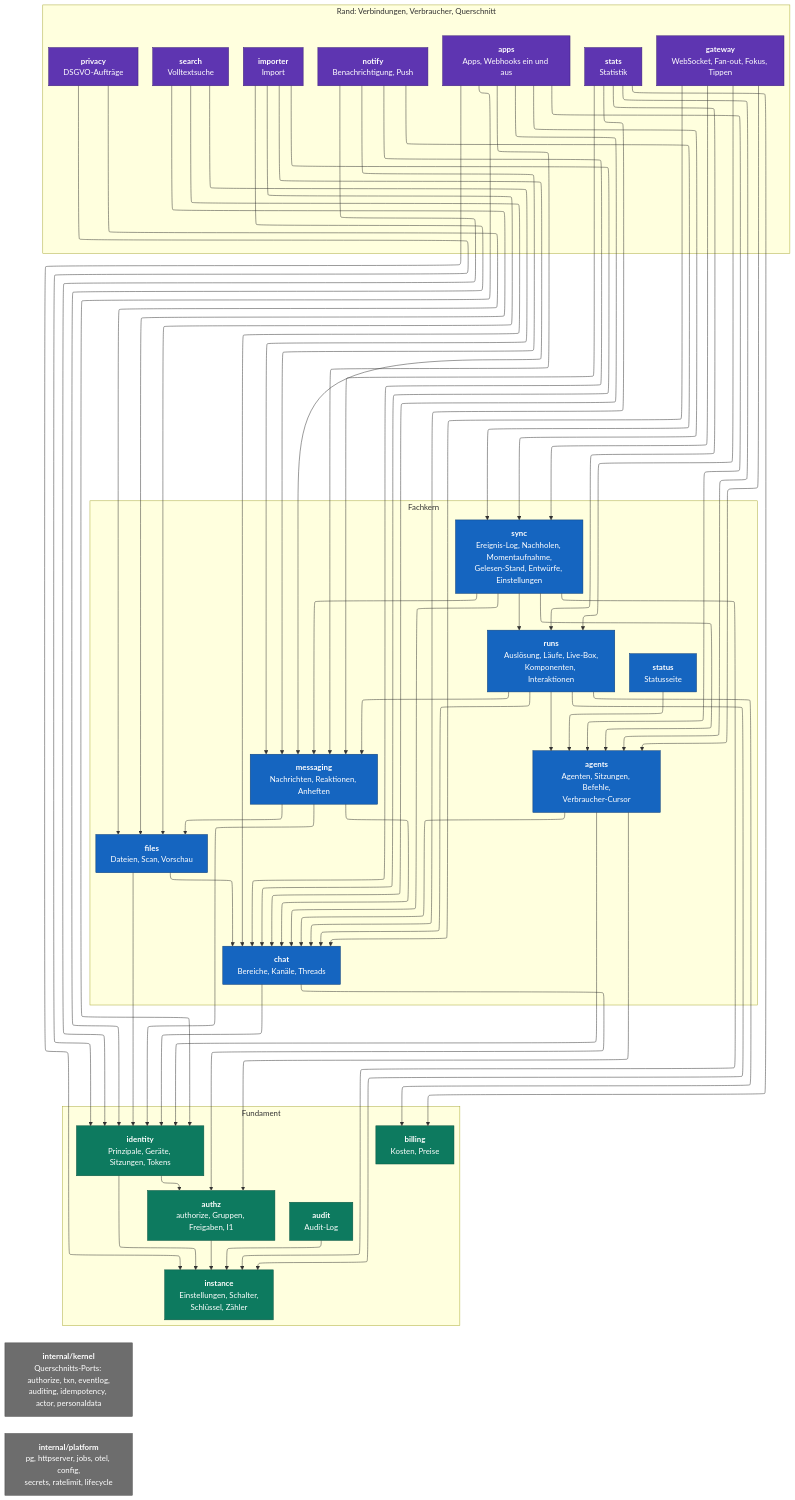
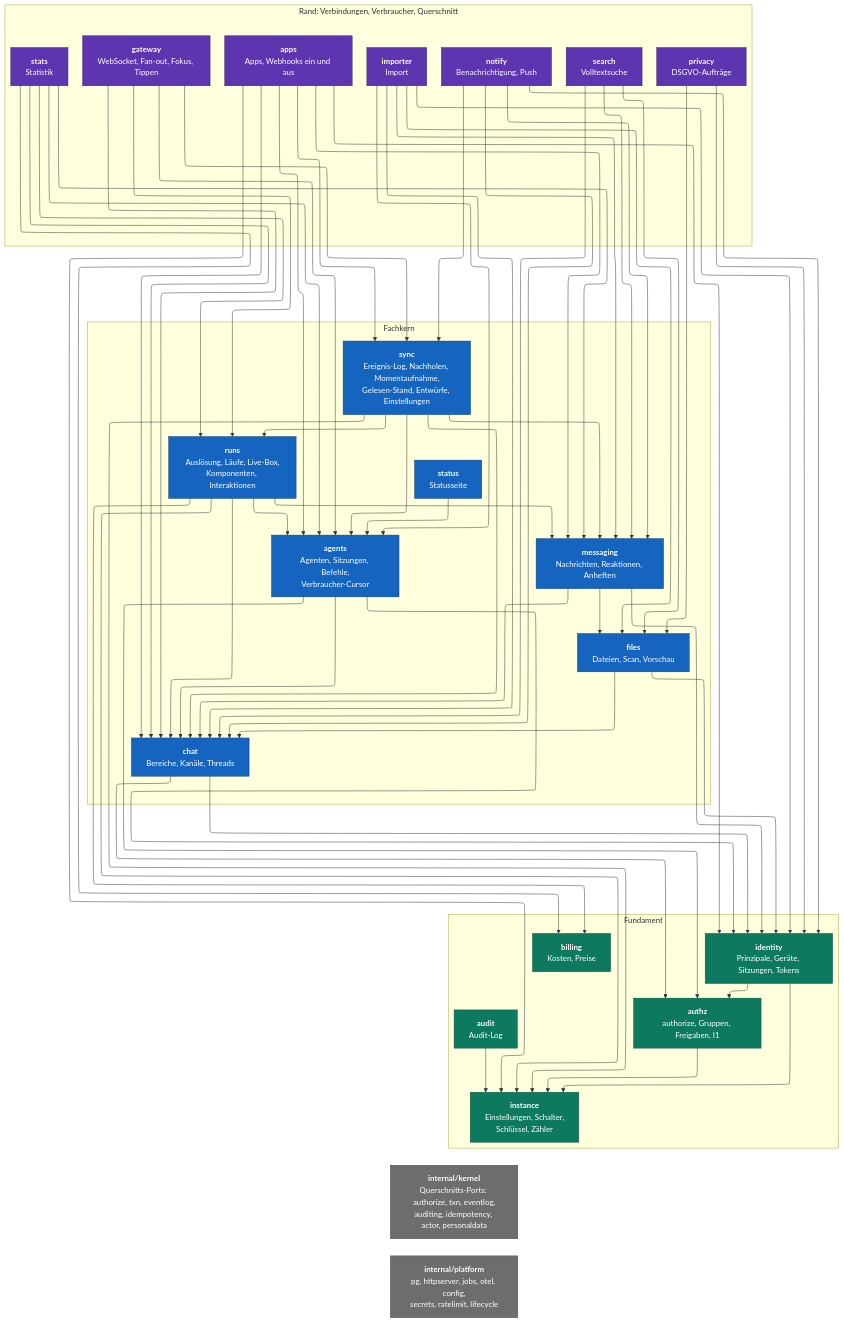
One commit to mguttmann/bothy changed the diagram in docs/architecture/c4-3-komponenten-server.mmd. Above: the diagram before and after it, drawn with Mermaid. The commit also changed 91 other files, not shown here.

```diff
--- a/docs/architecture/c4-3-komponenten-server.mmd
+++ b/docs/architecture/c4-3-komponenten-server.mmd
@@ -1,99 +1,100 @@
 ---
 config:
   layout: elk
 ---
 %% C4 Ebene 3: Komponenten des Servers = Module des Monolithen.
-%% Pfeil A --> B heißt: A darf den Port von B aufrufen (Abhängigkeitstabelle in 02-architektur.md, 5.3).
+%% Pfeil A --> B heißt: A darf den Port von B aufrufen (Abhängigkeitstabelle in 02-architektur.md, 4.4).
 %% Alle Module nutzen zusätzlich die Querschnitts-Ports aus internal/kernel; diese Kanten sind nicht gezeichnet.
 flowchart TB
   classDef top fill:#5e35b1,stroke:#3b1f78,color:#ffffff
   classDef mid fill:#1565c0,stroke:#0b3c75,color:#ffffff
   classDef base fill:#0d7a5f,stroke:#08523f,color:#ffffff
   classDef shared fill:#6d6d6d,stroke:#474747,color:#ffffff
 
   subgraph edge["Rand: Verbindungen, Verbraucher, Querschnitt"]
     gateway["<b>gateway</b><br/>WebSocket, Fan-out, Fokus, Tippen"]:::top
     notify["<b>notify</b><br/>Benachrichtigung, Push"]:::top
     apps["<b>apps</b><br/>Apps, Webhooks ein und aus"]:::top
     stats["<b>stats</b><br/>Statistik"]:::top
     privacy["<b>privacy</b><br/>DSGVO-Aufträge"]:::top
     importer["<b>importer</b><br/>Import"]:::top
     search["<b>search</b><br/>Volltextsuche"]:::top
   end
 
   subgraph core["Fachkern"]
     sync["<b>sync</b><br/>Ereignis-Log, Nachholen, Momentaufnahme,<br/>Gelesen-Stand, Entwürfe, Einstellungen"]:::mid
     runs["<b>runs</b><br/>Auslösung, Läufe, Live-Box,<br/>Komponenten, Interaktionen"]:::mid
     messaging["<b>messaging</b><br/>Nachrichten, Reaktionen, Anheften"]:::mid
     status["<b>status</b><br/>Statusseite"]:::mid
     agents["<b>agents</b><br/>Agenten, Sitzungen, Befehle,<br/>Verbraucher-Cursor"]:::mid
     files["<b>files</b><br/>Dateien, Scan, Vorschau"]:::mid
     chat["<b>chat</b><br/>Bereiche, Kanäle, Threads"]:::mid
   end
 
   subgraph foundation["Fundament"]
     identity["<b>identity</b><br/>Prinzipale, Geräte, Sitzungen, Tokens"]:::base
     authz["<b>authz</b><br/>authorize, Gruppen, Freigaben, I1"]:::base
     audit["<b>audit</b><br/>Audit-Log"]:::base
     billing["<b>billing</b><br/>Kosten, Preise"]:::base
     instance["<b>instance</b><br/>Einstellungen, Schalter,<br/>Schlüssel, Zähler"]:::base
   end
 
   kernel["<b>internal/kernel</b><br/>Querschnitts-Ports: authorize, txn, eventlog,<br/>auditing, idempotency, actor, personaldata"]:::shared
   platform["<b>internal/platform</b><br/>pg, httpserver, jobs, otel, config,<br/>secrets, ratelimit, lifecycle"]:::shared
 
   gateway --> chat
   gateway --> agents
   gateway --> runs
   gateway --> sync
   notify --> identity
   notify --> chat
   notify --> messaging
   notify --> sync
   apps --> instance
   apps --> identity
   apps --> chat
   apps --> agents
   apps --> messaging
   apps --> sync
   stats --> chat
   stats --> agents
   stats --> messaging
   stats --> runs
   stats --> billing
   privacy --> identity
   privacy --> files
   importer --> identity
   importer --> chat
+  importer --> agents
   importer --> messaging
   importer --> files
   search --> chat
   search --> messaging
   search --> files
   sync --> instance
   sync --> chat
   sync --> agents
   sync --> messaging
   sync --> runs
   runs --> instance
   runs --> chat
   runs --> agents
   runs --> messaging
   runs --> billing
   messaging --> identity
   messaging --> chat
   messaging --> files
   status --> agents
   agents --> identity
   agents --> authz
   agents --> chat
   files --> identity
   files --> chat
   chat --> identity
   chat --> authz
   identity --> instance
   identity --> authz
   authz --> instance
   audit --> instance
   foundation ~~~ kernel
   kernel ~~~ platform
```
